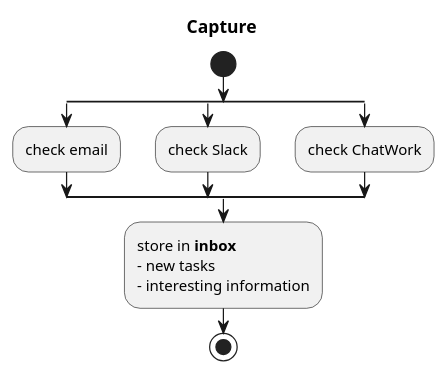
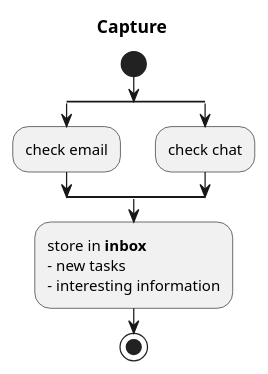
The second of 4 diagrams in emacs/config-org-mode.org (genenakagaki/myconfig), drawn with PlantUML before and after one commit. The commit also changed other lines of this file and 1 other file, not shown here.

```diff
--- a/emacs/config-org-mode.org
+++ b/emacs/config-org-mode.org
@@ -188,18 +189,16 @@
 #+begin_src plantuml :tangle no
   @startuml
   title Capture
 
   start
   split
           :check email;
   split again
-          :check Slack;
-  split again
-          :check ChatWork;
+          :check chat;
   end split
   :store in **inbox**
   - new tasks
   - interesting information;
   stop
   @enduml
 #+end_src
```
